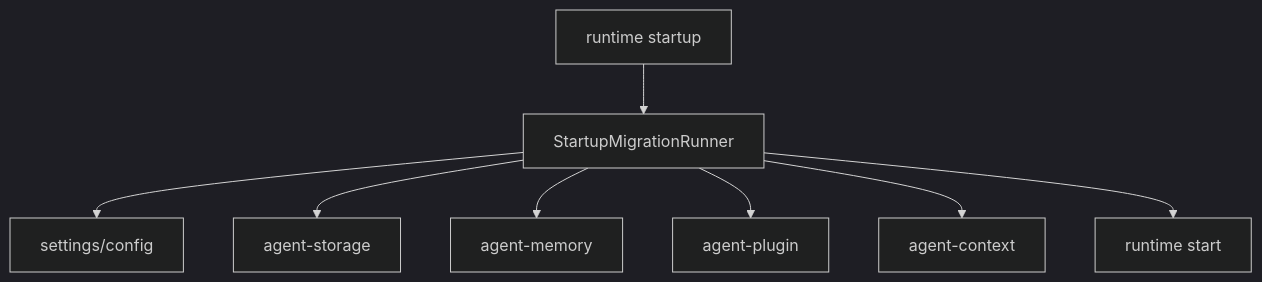
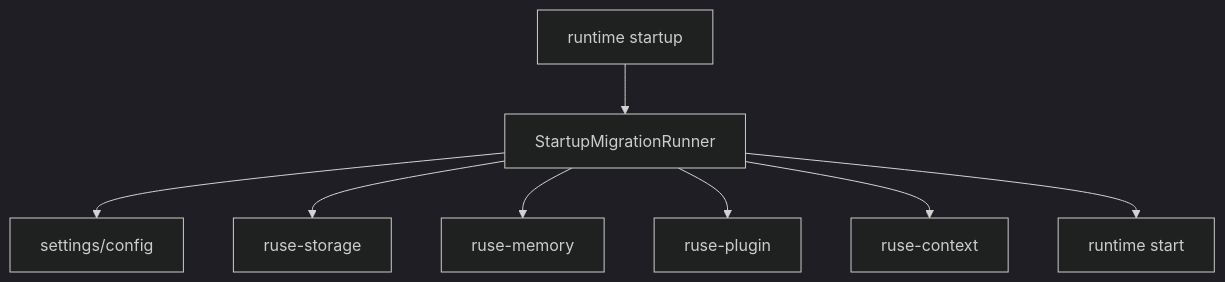
The diagram in docs/specs/M25-03-startup-migrations.spec.md (poneding/agent), drawn with Mermaid (dark theme) before and after one commit. The commit also changed other lines of this file and 2091 other files, not shown here.

First line of the commit message:
refactor: rename agent branding to ruse

````diff
--- a/docs/specs/M25-03-startup-migrations.spec.md
+++ b/docs/specs/M25-03-startup-migrations.spec.md
@@ -30,10 +30,10 @@
 ```mermaid
 flowchart TD
   Startup["runtime startup"] --> Runner["StartupMigrationRunner"]
   Runner --> Config["settings/config"]
-  Runner --> Storage["agent-storage"]
-  Runner --> Memory["agent-memory"]
-  Runner --> Plugins["agent-plugin"]
-  Runner --> Prompts["agent-context"]
+  Runner --> Storage["ruse-storage"]
+  Runner --> Memory["ruse-memory"]
+  Runner --> Plugins["ruse-plugin"]
+  Runner --> Prompts["ruse-context"]
   Runner --> Core["runtime start"]
 ```
````
